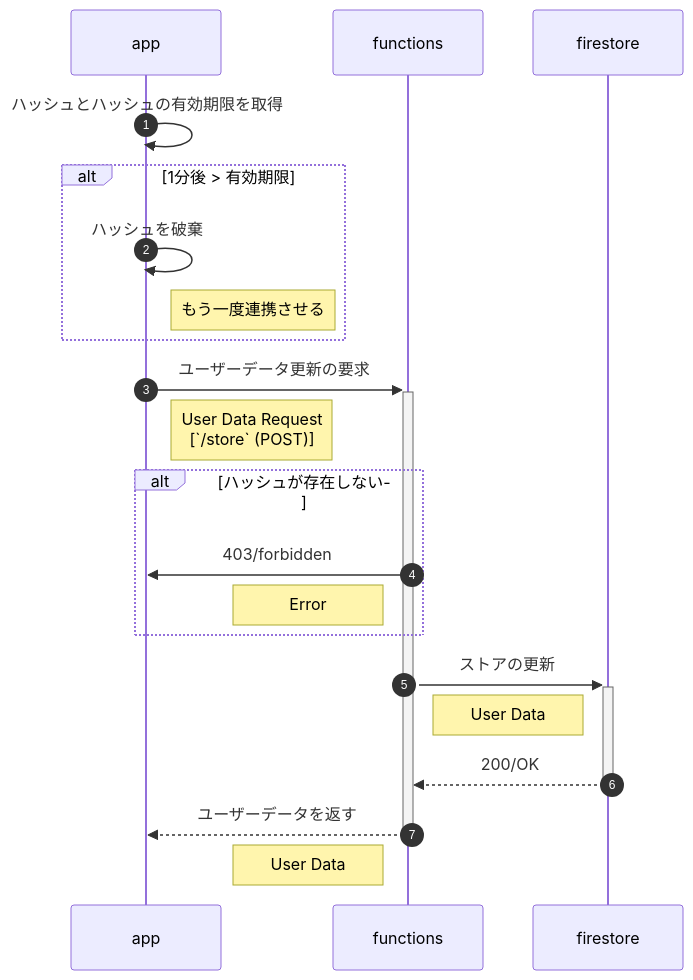
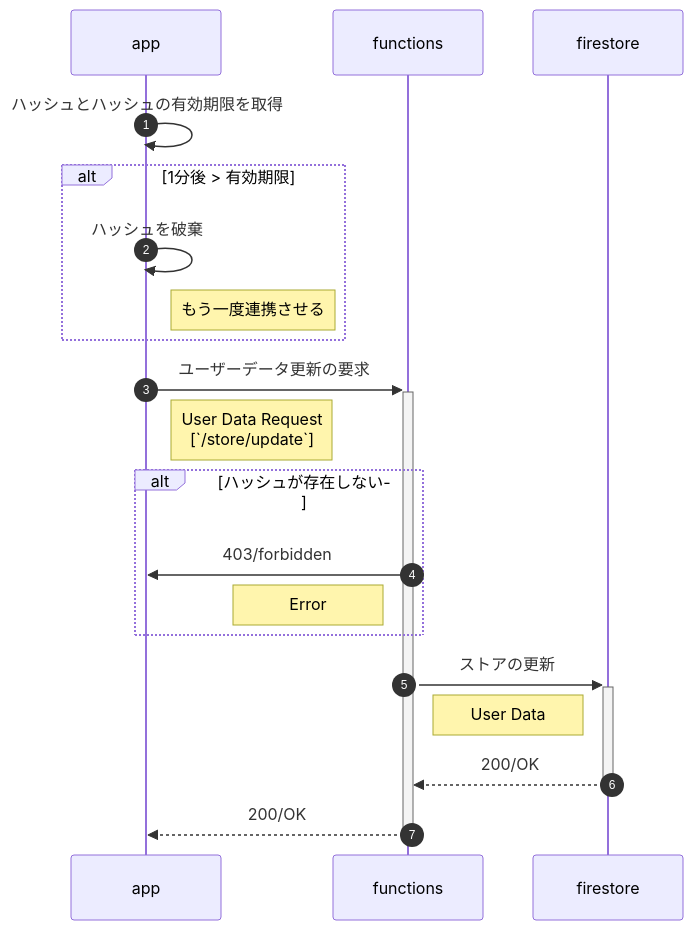
The fourth of 4 diagrams in README.md (misc-org/aibo-de-quiz), drawn with Mermaid before and after one commit. The commit also changed other lines of this file, not shown here.

Commit message:
📝 シーケンス図更新

````diff
--- a/README.md
+++ b/README.md
@@ -172,30 +174,29 @@
 ```mermaid
 sequenceDiagram
   autonumber
 	participant app
 	participant functions
 	participant firestore
 
   app ->> app: ハッシュとハッシュの有効期限を取得
   alt 1分後 > 有効期限
     app ->> app: ハッシュを破棄
     Note right of app: もう一度連携させる
   end
 
 
   app ->>+ functions: ユーザーデータ更新の要求
-  Note right of app: User Data Request <br /> [`/store` (POST)]
+  Note right of app: User Data Request <br /> [`/store/update`]
 
   alt ハッシュが存在しない
     functions ->> app: 403/forbidden
     Note left of functions: Error
   end
 
   functions ->>+ firestore: ストアの更新
   Note right of functions: User Data
 
   firestore -->>- functions: 200/OK
 
-  functions -->>- app: ユーザーデータを返す
-  Note left of functions: User Data
+  functions -->>- app: 200/OK
 ```
````
